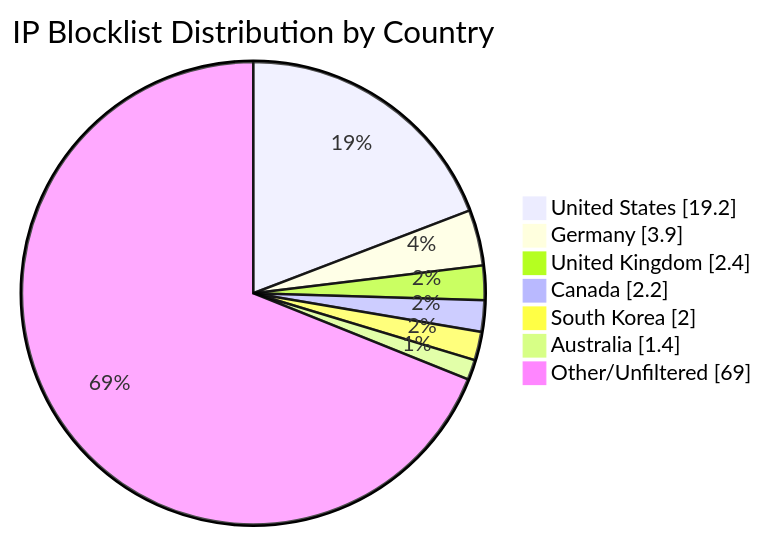
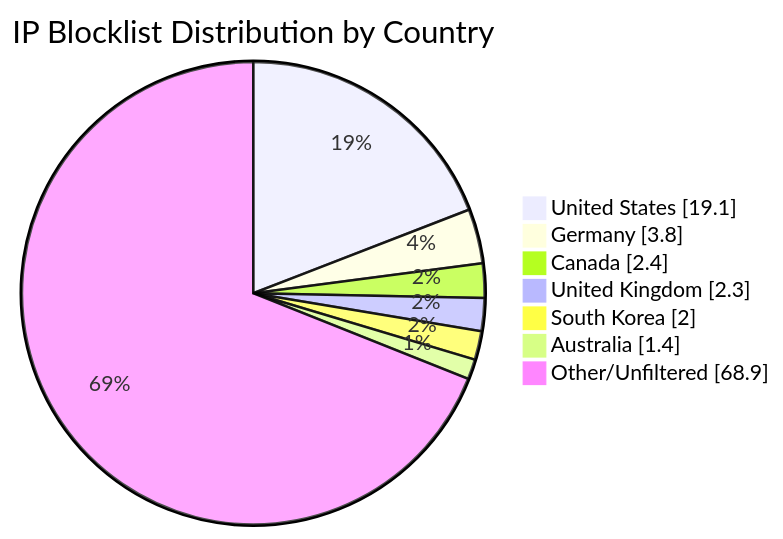
The diagram in README.md (MarcusHoltz/ipblocklist-geofiltered-aggregator), drawn with Mermaid before and after one commit. The commit also changed other lines of this file and 9 other files, not shown here.

````diff
--- a/README.md
+++ b/README.md
@@ -34,10 +34,10 @@
 ```mermaid
 pie showData title IP Blocklist Distribution by Country
-"United States" : 19.2
-"Germany" : 3.9
-"United Kingdom" : 2.4
-"Canada" : 2.2
+"United States" : 19.1
+"Germany" : 3.8
+"Canada" : 2.4
+"United Kingdom" : 2.3
 "South Korea" : 2.0
 "Australia" : 1.4
-"Other/Unfiltered" : 69.0
+"Other/Unfiltered" : 68.9
 ```
````
